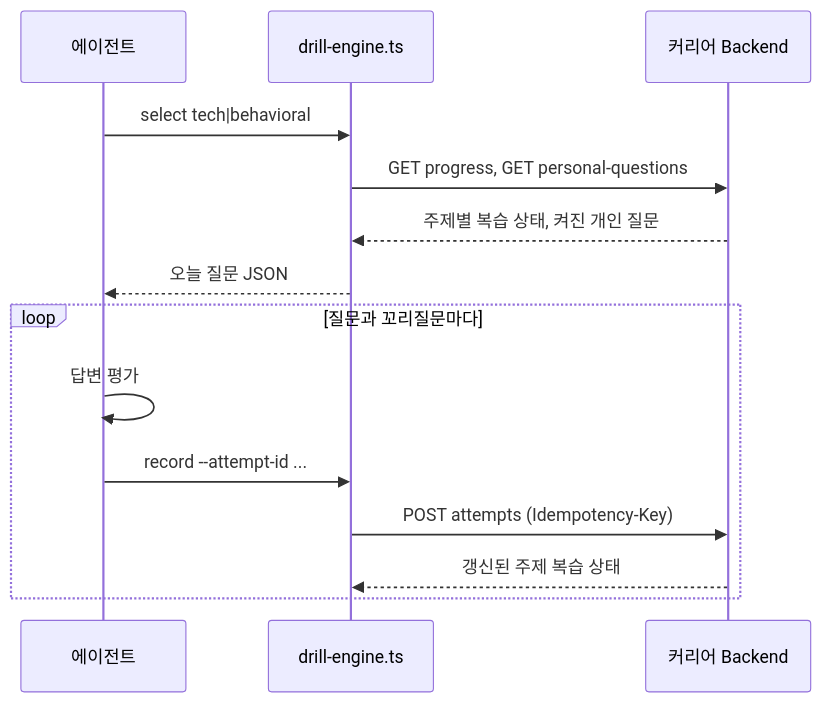
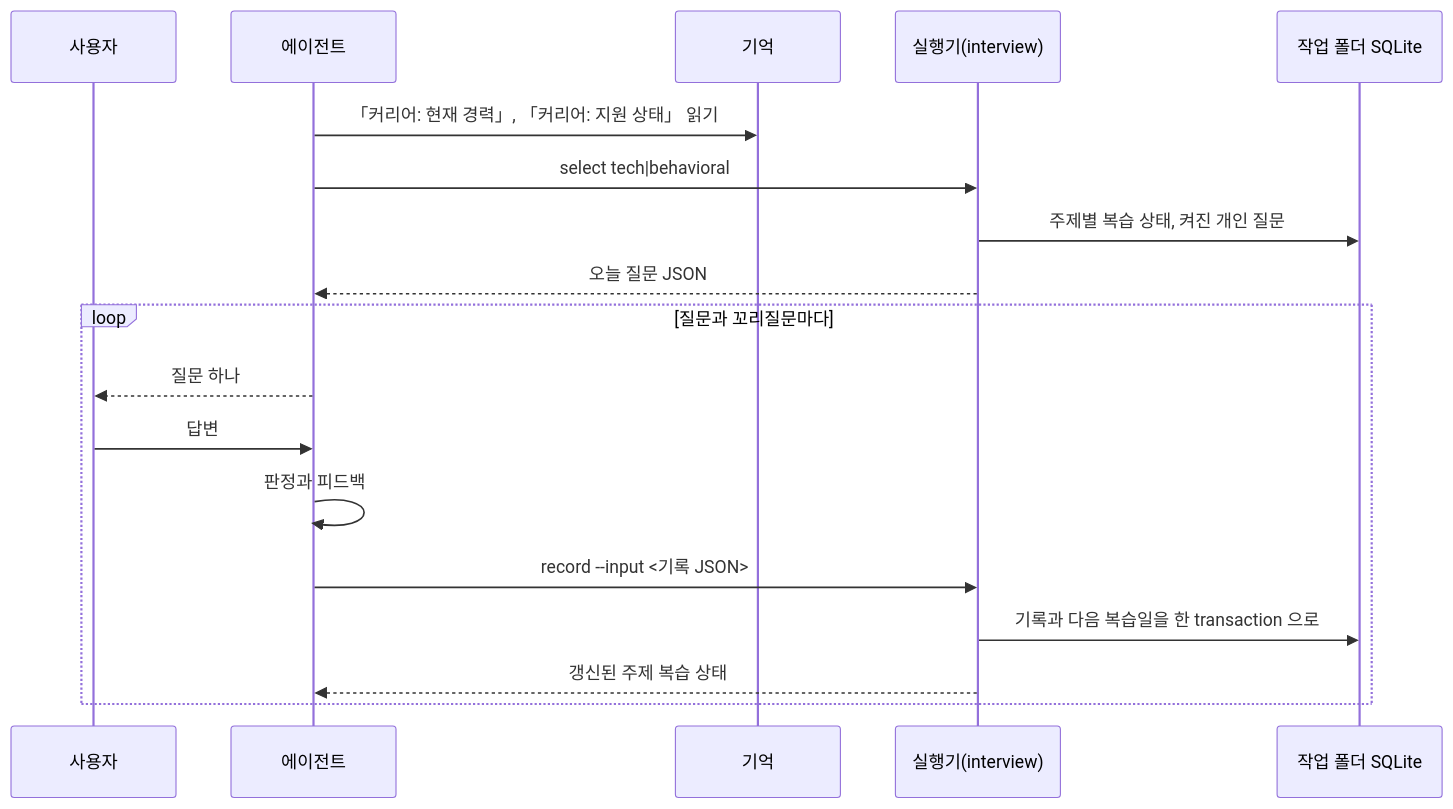
Before and after one commit to jon890/fos-agents: the fourth of 10 diagrams in career-os/docs/flow.md, drawn with Mermaid. The commit also changed other lines of this file and 8 other files, not shown here.

````diff
--- a/career-os/docs/flow.md
+++ b/career-os/docs/flow.md
@@ -330,16 +330,24 @@
 ```mermaid
+---
+config:
+  look: handDrawn
+---
 sequenceDiagram
+  participant U as 사용자
   participant M as 에이전트
-  participant C as drill-engine.ts
-  participant B as 커리어 Backend
+  participant K as 기억
+  participant C as 실행기(interview)
+  participant S as 작업 폴더 SQLite
+  M->>K: 「커리어: 현재 경력」, 「커리어: 지원 상태」 읽기
   M->>C: select tech|behavioral
-  C->>B: GET progress, GET personal-questions
-  B-->>C: 주제별 복습 상태, 켜진 개인 질문
+  C->>S: 주제별 복습 상태, 켜진 개인 질문
   C-->>M: 오늘 질문 JSON
   loop 질문과 꼬리질문마다
-    M->>M: 답변 평가
-    M->>C: record --attempt-id ...
-    C->>B: POST attempts (Idempotency-Key)
-    B-->>C: 갱신된 주제 복습 상태
+    M-->>U: 질문 하나
+    U->>M: 답변
+    M->>M: 판정과 피드백
+    M->>C: record --input <기록 JSON>
+    C->>S: 기록과 다음 복습일을 한 transaction 으로
+    C-->>M: 갱신된 주제 복습 상태
   end
 ```
````
